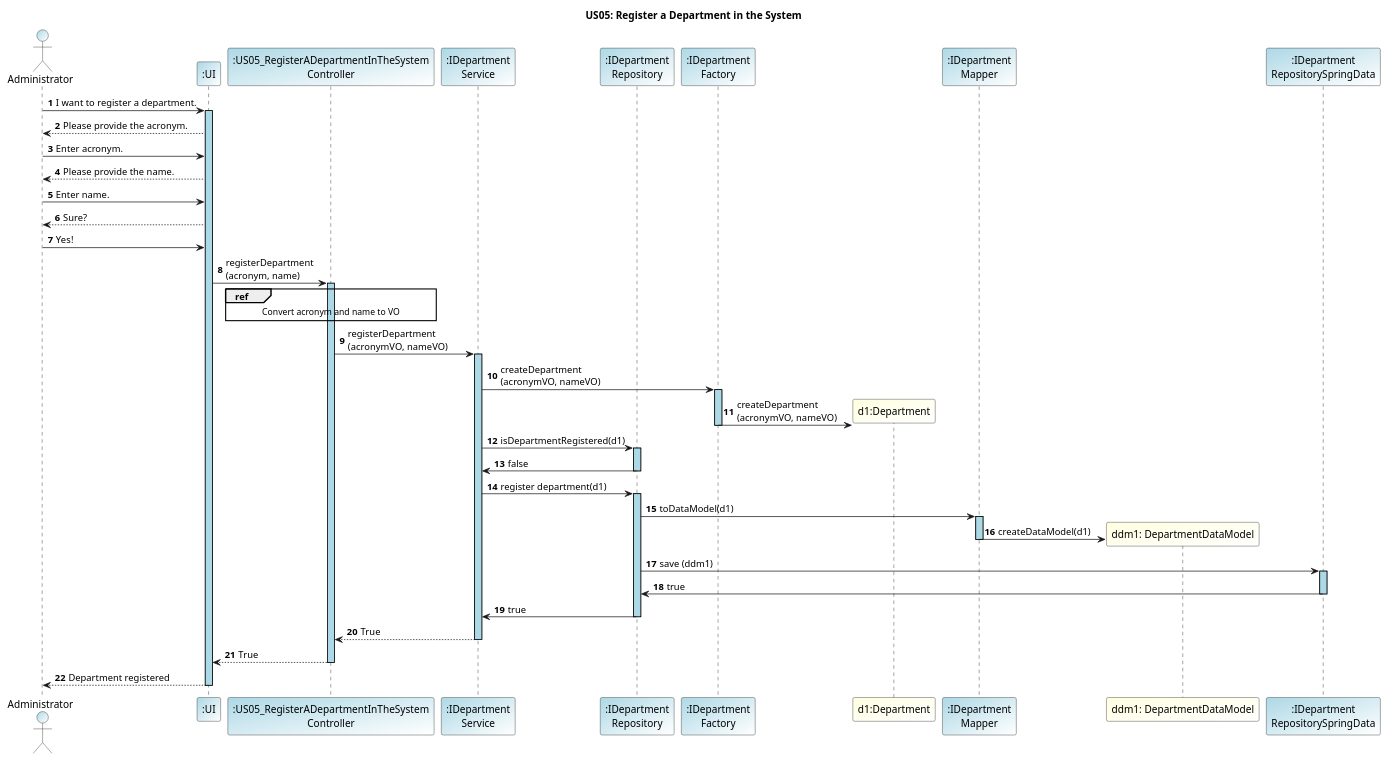
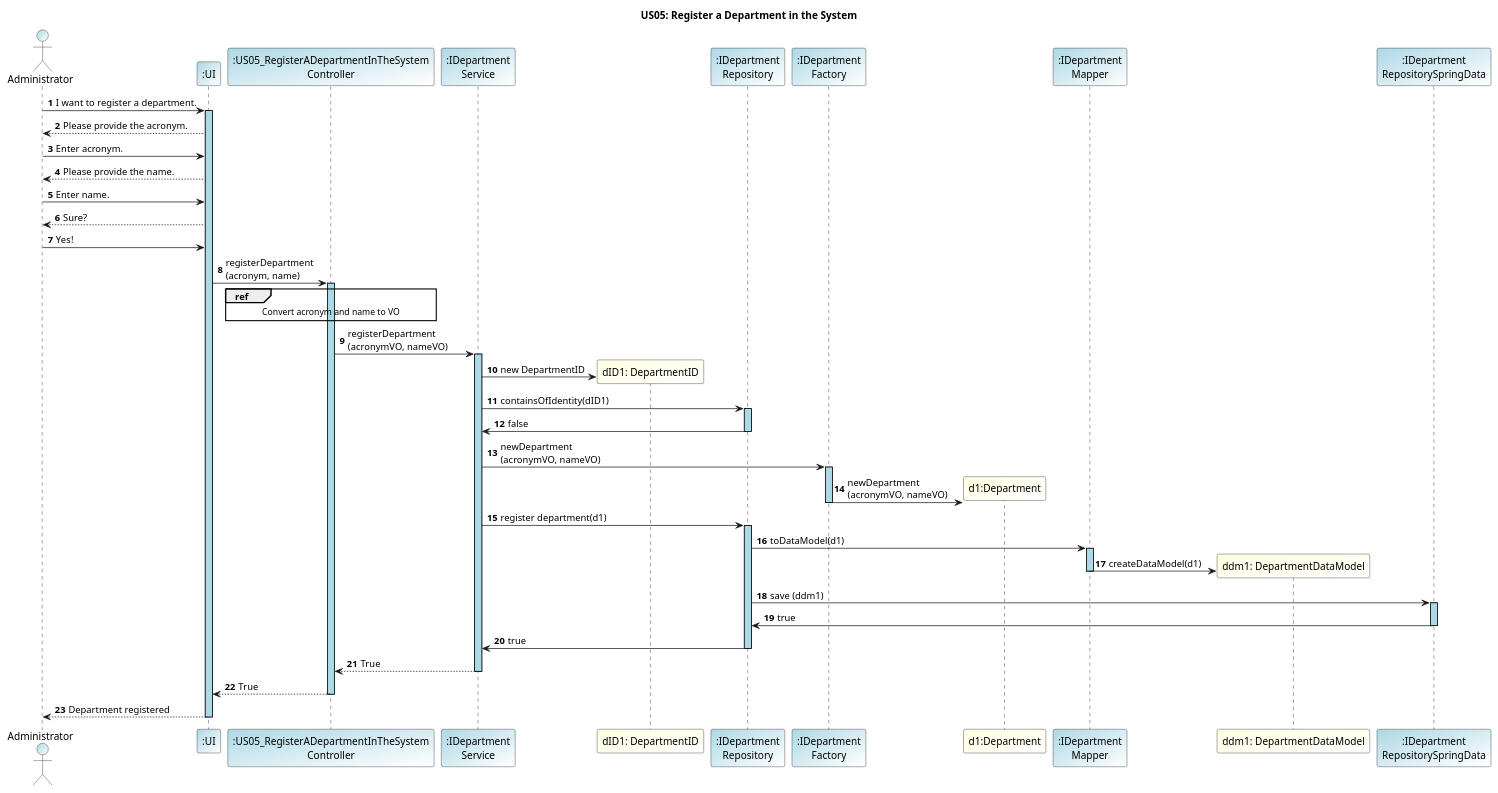
One commit to GasparISEP/DevOps-PAI changed the diagram in docs/US05/sprint5_SpringDataJPA/US05_JPA_DepartmentRegistrySequenceDiagram.puml. Above: the diagram before and after it, drawn with PlantUML.

Commit message:
Refs #301, #360 - Minor updates on department registry SD: Renamed method names and added departmentID creation in the sequence flow

```diff
--- a/docs/US05/sprint5_SpringDataJPA/US05_JPA_DepartmentRegistrySequenceDiagram.puml
+++ b/docs/US05/sprint5_SpringDataJPA/US05_JPA_DepartmentRegistrySequenceDiagram.puml
@@ -1,80 +1,83 @@
 @startuml
 
 title US05: Register a Department in the System
 
 autonumber
 skinparam sequence {
    LifelineBorderColor black
    LifelineBackgroundColor LightBlue
    skinparam shadowing true
  }
 
 actor "Administrator" as Administrator #LightBlue/White
 participant ":UI" as UI #LightBlue/white
 participant ":US05_RegisterADepartmentInTheSystem\nController" as Controller #LightBlue/white
 participant ":IDepartment\nService" as Service #LightBlue/white
+participant "dID1: DepartmentID" as DepartmentID #LightYellow/white
 participant ":IDepartment\nRepository" as DepartmentRepository #LightBlue/white
 participant ":IDepartment\nFactory" as DepartmentFactory #LightBlue/white
 participant "d1:Department" as Department #LightYellow/white
 participant ":IDepartment\nMapper" as Mapper #LightBlue/White
 participant "ddm1: DepartmentDataModel" as departmentDataModel #LightYellow/White
 participant ":IDepartment\nRepositorySpringData" as departmentRepoSpringData #LightBlue/White
 
 Administrator -> UI: I want to register a department.
 activate UI
 UI --> Administrator: Please provide the acronym.
 Administrator -> UI: Enter acronym.
 UI --> Administrator: Please provide the name.
 Administrator -> UI: Enter name.
 UI --> Administrator: Sure?
 Administrator -> UI: Yes!
 
 UI -> Controller: registerDepartment\n(acronym, name)
 activate Controller
 
 ref over Controller
     Convert acronym and name to VO
 end ref
 
 Controller -> Service: registerDepartment\n(acronymVO, nameVO)
 activate Service
 
+Service ->  DepartmentID**: new DepartmentID
 
-Service -> DepartmentFactory: createDepartment\n(acronymVO, nameVO)
-activate DepartmentFactory
-DepartmentFactory -> Department **: createDepartment\n(acronymVO, nameVO)
-deactivate DepartmentFactory
 
-Service -> DepartmentRepository: isDepartmentRegistered(d1)
+Service -> DepartmentRepository: containsOfIdentity(dID1)
 activate DepartmentRepository
 DepartmentRepository -> Service: false
 deactivate DepartmentRepository
+
+Service -> DepartmentFactory: newDepartment\n(acronymVO, nameVO)
+activate DepartmentFactory
+DepartmentFactory -> Department **: newDepartment\n(acronymVO, nameVO)
+deactivate DepartmentFactory
 
 Service -> DepartmentRepository: register department(d1)
 activate DepartmentRepository
 DepartmentRepository -> Mapper: toDataModel(d1)
 activate Mapper
 
 Mapper -> departmentDataModel **: createDataModel(d1)
 deactivate Mapper
 
 DepartmentRepository -> departmentRepoSpringData: save (ddm1)
 activate departmentRepoSpringData
 
 departmentRepoSpringData -> DepartmentRepository: true
 deactivate departmentRepoSpringData
 
 
 DepartmentRepository -> Service: true
 deactivate DepartmentRepository
 
 
 Service --> Controller: True
 deactivate Service
 
 Controller --> UI: True
 deactivate Controller
 UI --> Administrator: Department registered
 deactivate UI
 
 @enduml
```
